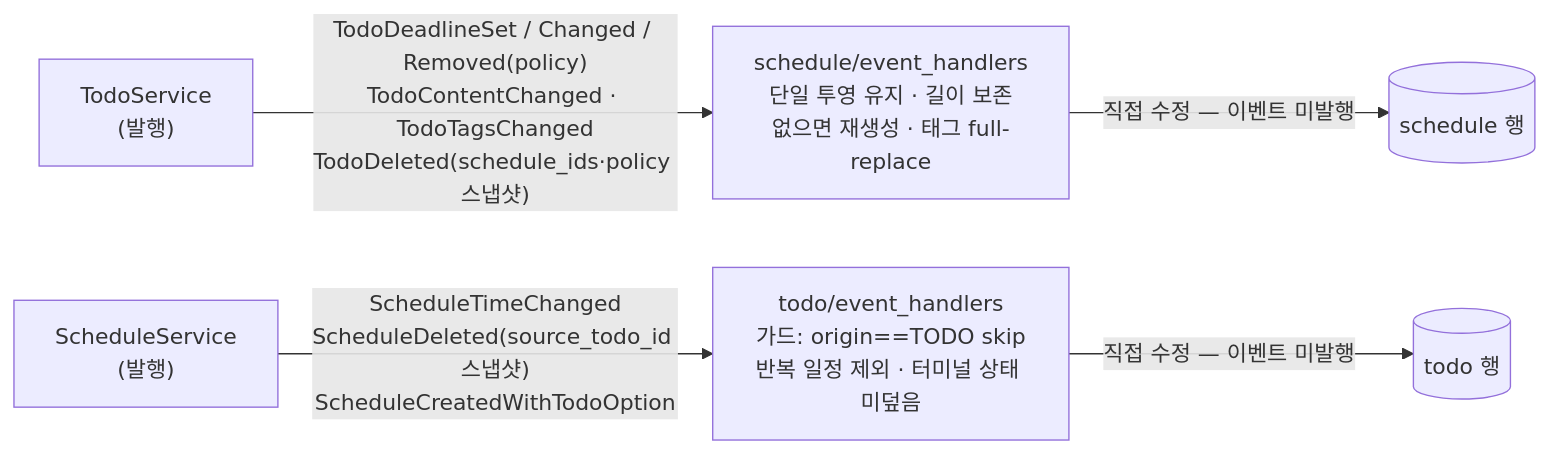
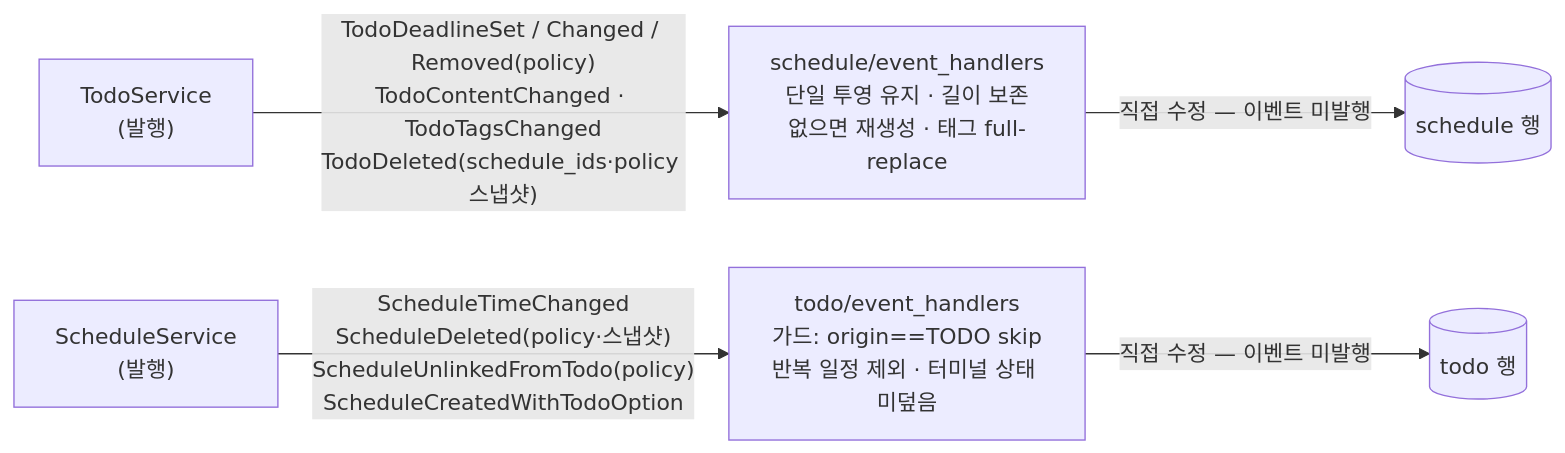
The third of 3 diagrams in docs/development/domain-events.ko.md (onprem-hipster-timer/backend), drawn with Mermaid before and after one commit. The commit also changed other lines of this file and 4 other files, not shown here.

````diff
--- a/docs/development/domain-events.ko.md
+++ b/docs/development/domain-events.ko.md
@@ -276,8 +279,8 @@
 ```mermaid
 flowchart LR
     TS["TodoService<br/>(발행)"] -->|"TodoDeadlineSet / Changed / Removed(policy)<br/>TodoContentChanged · TodoTagsChanged<br/>TodoDeleted(schedule_ids·policy 스냅샷)"| SH["schedule/event_handlers<br/>단일 투영 유지 · 길이 보존<br/>없으면 재생성 · 태그 full-replace"]
     SH -->|"직접 수정 — 이벤트 미발행"| SDB[("schedule 행")]
 
-    SS["ScheduleService<br/>(발행)"] -->|"ScheduleTimeChanged<br/>ScheduleDeleted(source_todo_id 스냅샷)<br/>ScheduleCreatedWithTodoOption"| TH["todo/event_handlers<br/>가드: origin==TODO skip<br/>반복 일정 제외 · 터미널 상태 미덮음"]
+    SS["ScheduleService<br/>(발행)"] -->|"ScheduleTimeChanged<br/>ScheduleDeleted(policy·스냅샷)<br/>ScheduleUnlinkedFromTodo(policy)<br/>ScheduleCreatedWithTodoOption"| TH["todo/event_handlers<br/>가드: origin==TODO skip<br/>반복 일정 제외 · 터미널 상태 미덮음"]
     TH -->|"직접 수정 — 이벤트 미발행"| TDB[("todo 행")]
 ```
````
